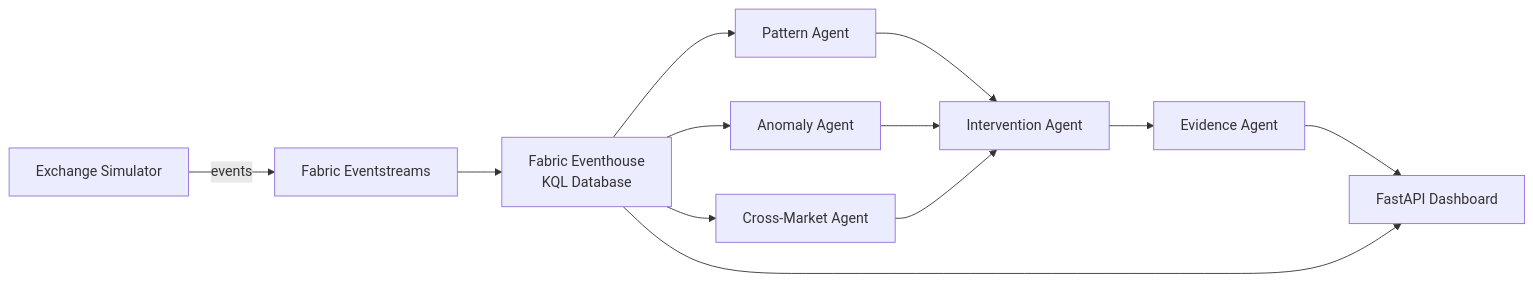
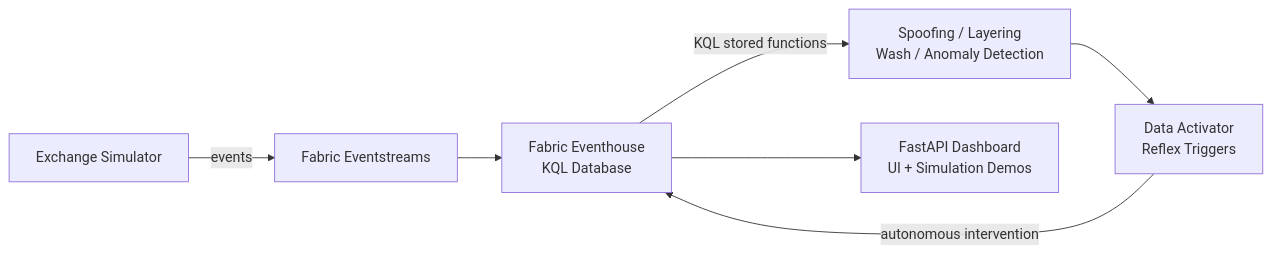
The diagram in README.md (prwani/market-surveillance), drawn with Mermaid before and after one commit. The commit also changed other lines of this file and 7 other files, not shown here.

````diff
--- a/README.md
+++ b/README.md
@@ -6,14 +6,9 @@
 ```mermaid
 flowchart LR
     SIM[Exchange Simulator] -->|events| ES[Fabric Eventstreams]
     ES --> EH[Fabric Eventhouse\nKQL Database]
-    EH --> PA[Pattern Agent]
-    EH --> AA[Anomaly Agent]
-    EH --> CA[Cross-Market Agent]
-    PA --> IA[Intervention Agent]
-    AA --> IA
-    CA --> IA
-    IA --> EA[Evidence Agent]
-    EA --> DASH[FastAPI Dashboard]
-    EH --> DASH
+    EH -->|KQL stored functions| DET[Spoofing / Layering\nWash / Anomaly Detection]
+    DET --> DA[Data Activator\nReflex Triggers]
+    DA -->|autonomous intervention| EH
+    EH --> DASH[FastAPI Dashboard\nUI + Simulation Demos]
 ```
````
